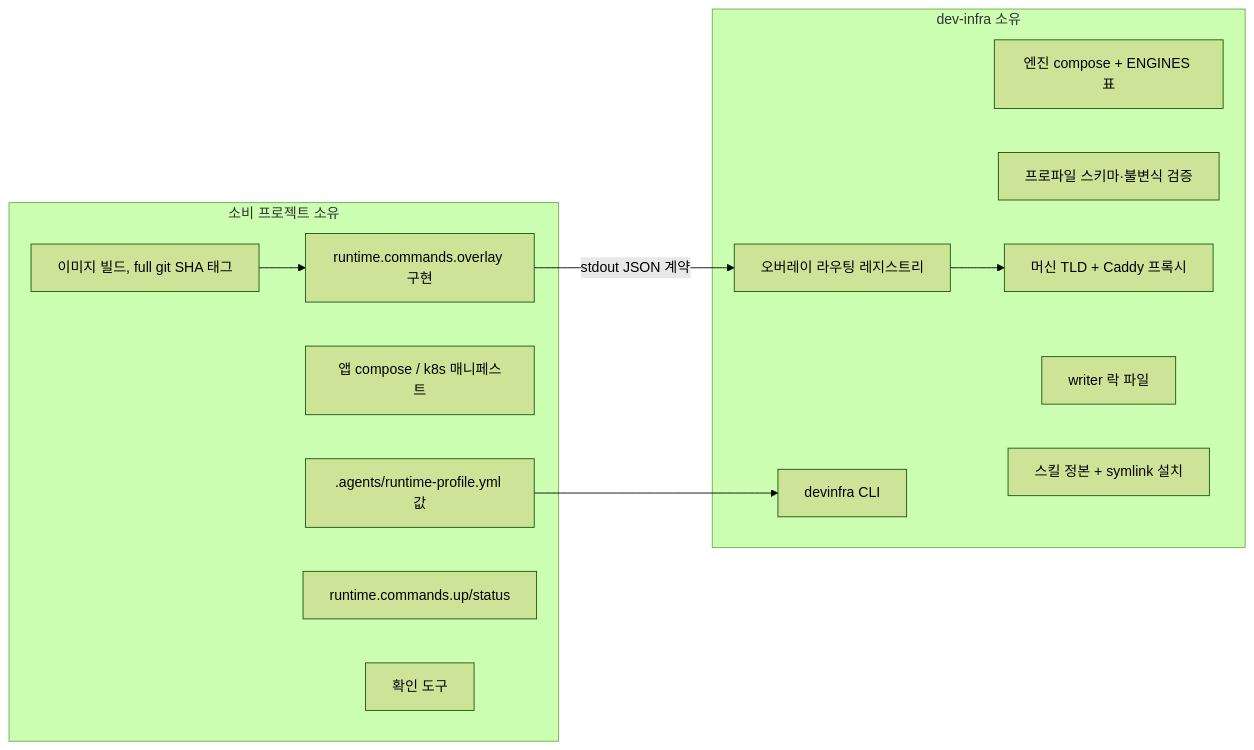
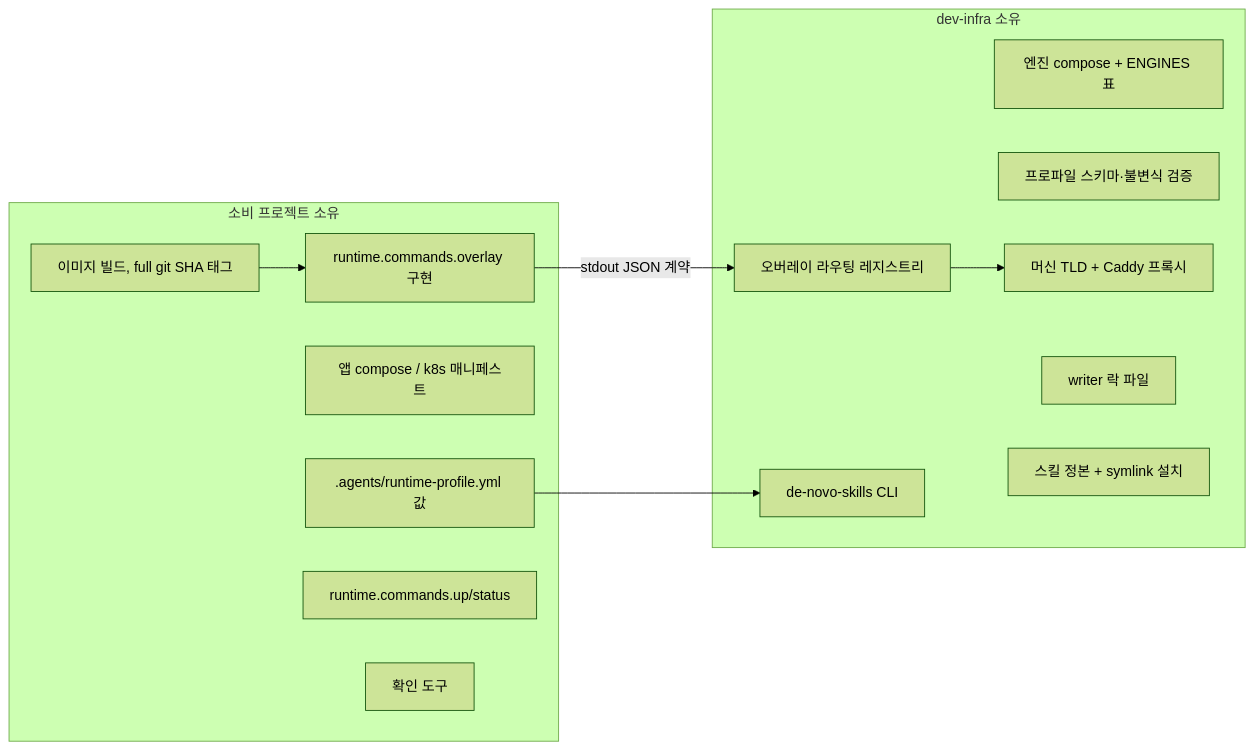
Before and after one commit to JUN-HYUCK-PARK/skills: the second of 4 diagrams in docs/unified-local-infra.md, drawn with Mermaid (forest theme). The commit also changed other lines of this file and 11 other files, not shown here.

````diff
--- a/docs/unified-local-infra.md
+++ b/docs/unified-local-infra.md
@@ -150,26 +150,26 @@
 ```mermaid
 flowchart LR
   subgraph here["dev-infra 소유"]
     E[엔진 compose + ENGINES 표]
     P[프로파일 스키마·불변식 검증]
     A[머신 TLD + Caddy 프록시]
     R[오버레이 라우팅 레지스트리]
     W[writer 락 파일]
     S[스킬 정본 + symlink 설치]
-    C["devinfra CLI"]
+    C["de-novo-skills CLI"]
   end
 
   subgraph proj["소비 프로젝트 소유"]
     Y[".agents/runtime-profile.yml 값"]
     M[앱 compose / k8s 매니페스트]
     B[이미지 빌드, full git SHA 태그]
     O["runtime.commands.overlay 구현"]
     U["runtime.commands.up/status"]
     V[확인 도구]
   end
 
   Y --> C
   O -->|stdout JSON 계약| R
   R --> A
   B --> O
 ```
````
